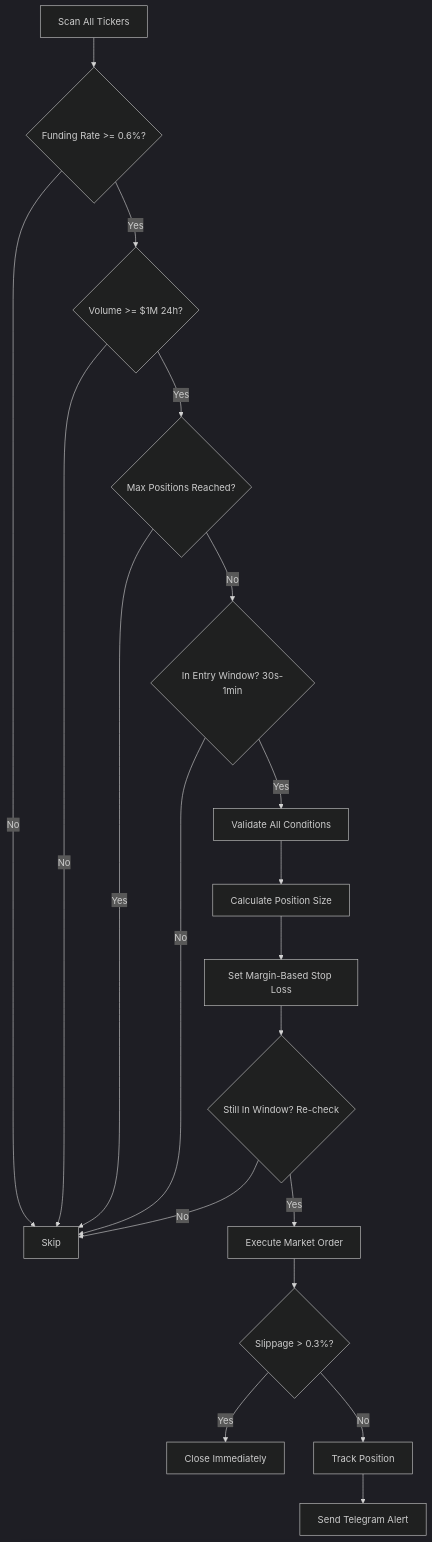
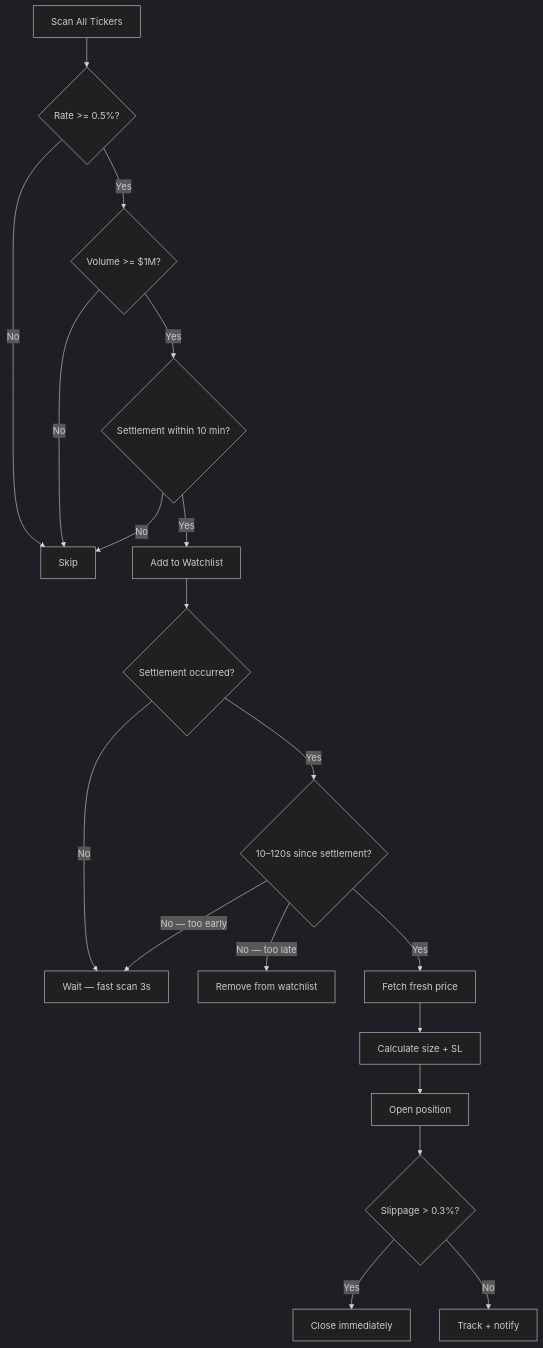
Before and after one commit to DecentralizedJM/funding-fee-farming-strategy: the first of 2 diagrams in README.md, drawn with Mermaid (dark theme). The commit also changed other lines of this file and 5 other files, not shown here.

````diff
--- a/README.md
+++ b/README.md
@@ -150,21 +160,21 @@
 ```mermaid
 flowchart TD
-    A[Scan All Tickers] --> B{Funding Rate >= 0.6%?}
-    B -->|No| C[Skip]
-    B -->|Yes| D{Volume >= $1M 24h?}
-    D -->|No| C
-    D -->|Yes| E{Max Positions Reached?}
-    E -->|Yes| C
-    E -->|No| F{In Entry Window? 30s-1min}
-    F -->|No| C
-    F -->|Yes| G[Validate All Conditions]
-    G --> H[Calculate Position Size]
-    H --> I[Set Margin-Based Stop Loss]
-    I --> J{Still In Window? Re-check}
-    J -->|No| C
-    J -->|Yes| K[Execute Market Order]
-    K --> L{Slippage > 0.3%?}
-    L -->|Yes| M[Close Immediately]
-    L -->|No| N[Track Position]
-    N --> O[Send Telegram Alert]
+    A[Scan All Tickers] --> B{Rate >= 0.5%?}
+    B -->|No| Z[Skip]
+    B -->|Yes| C{Volume >= $1M?}
+    C -->|No| Z
+    C -->|Yes| D{Settlement within 10 min?}
+    D -->|No| Z
+    D -->|Yes| E[Add to Watchlist]
+    E --> F{Settlement occurred?}
+    F -->|No| G[Wait — fast scan 3s]
+    F -->|Yes| H{10–120s since settlement?}
+    H -->|No — too early| G
+    H -->|No — too late| I[Remove from watchlist]
+    H -->|Yes| J[Fetch fresh price]
+    J --> K[Calculate size + SL]
+    K --> L[Open position]
+    L --> M{Slippage > 0.3%?}
+    M -->|Yes| N[Close immediately]
+    M -->|No| O[Track + notify]
 ```
````
